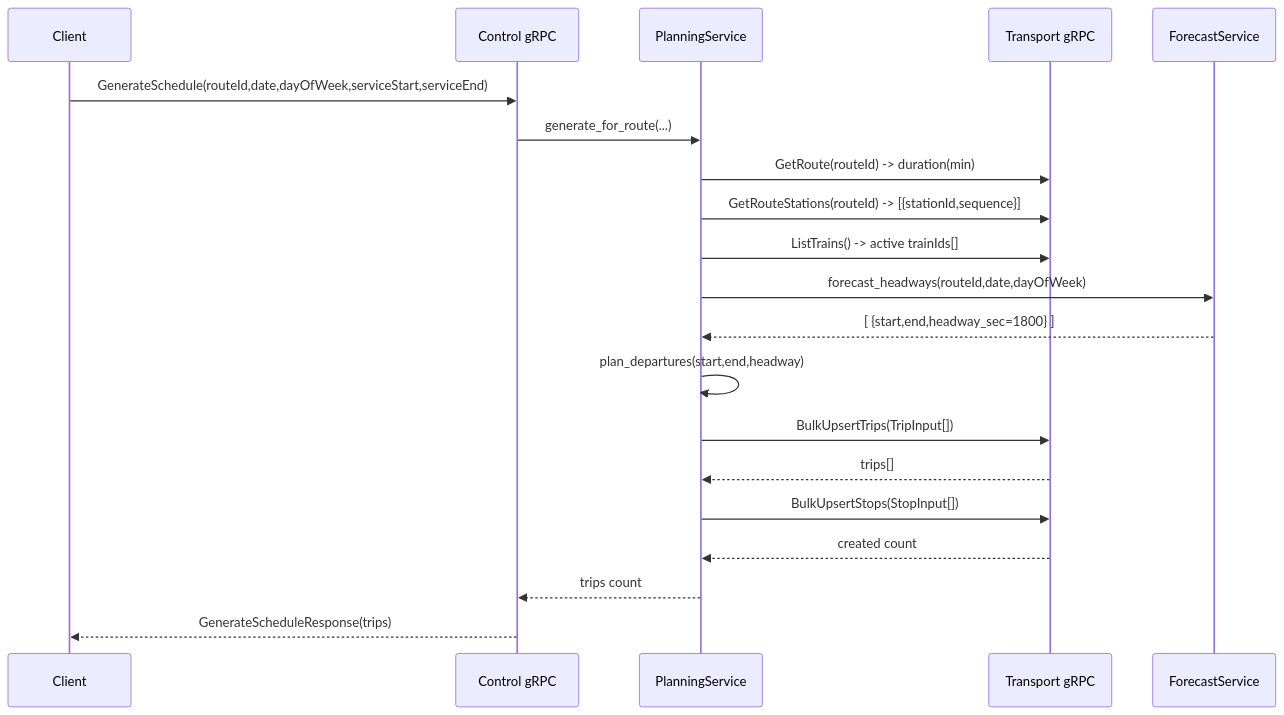
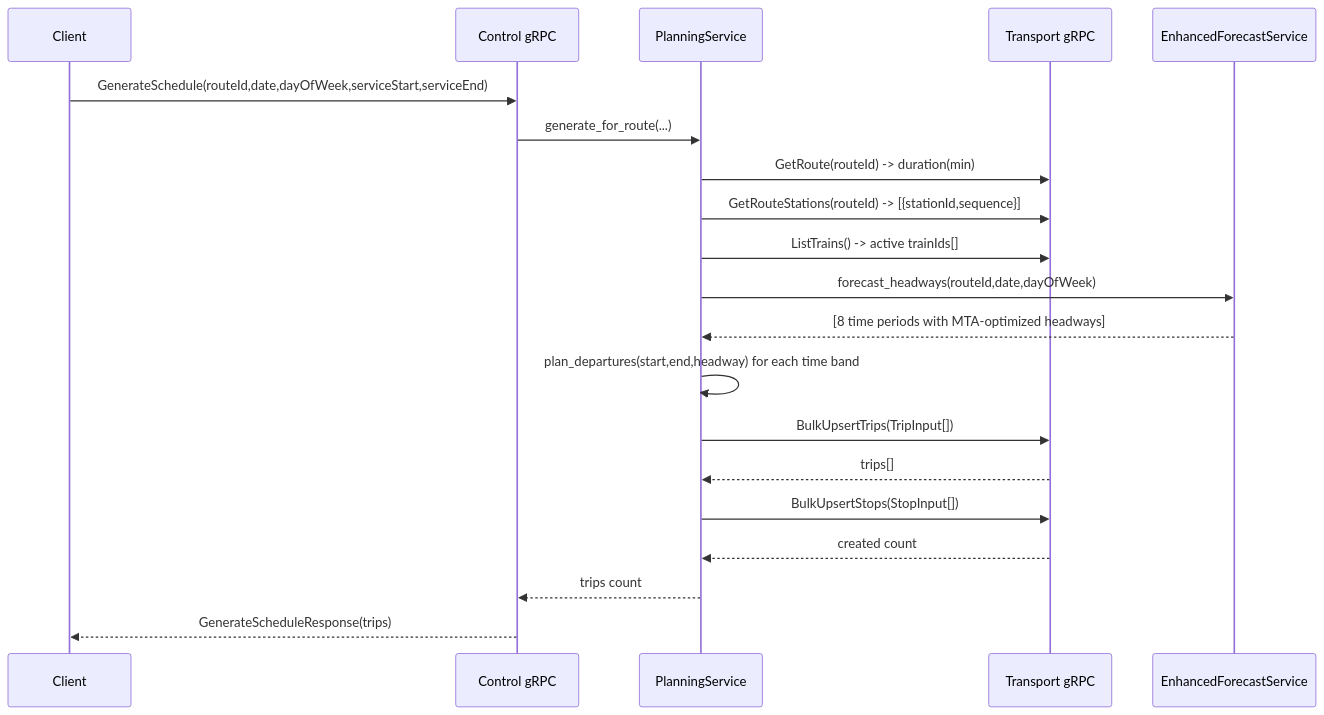
The fourth of 4 diagrams in control-service/README.md (NamPhAm-Work423/Metro-backend), drawn with Mermaid before and after one commit. The commit also changed other lines of this file and 4 other files, not shown here.

Commit message:
add: extend waiting time for transport service starting

````diff
--- a/control-service/README.md
+++ b/control-service/README.md
@@ -281,23 +234,23 @@
 ```mermaid
 sequenceDiagram
   participant Client
   participant CS as Control gRPC
   participant PS as PlanningService
   participant TS as Transport gRPC
-  participant FS as ForecastService
+  participant EFS as EnhancedForecastService
 
   Client->>CS: GenerateSchedule(routeId,date,dayOfWeek,serviceStart,serviceEnd)
   CS->>PS: generate_for_route(...)
   PS->>TS: GetRoute(routeId) -> duration(min)
   PS->>TS: GetRouteStations(routeId) -> [{stationId,sequence}]
   PS->>TS: ListTrains() -> active trainIds[]
-  PS->>FS: forecast_headways(routeId,date,dayOfWeek)
-  FS-->>PS: [ {start,end,headway_sec=1800} ]
-  PS->>PS: plan_departures(start,end,headway)
+  PS->>EFS: forecast_headways(routeId,date,dayOfWeek)
+  EFS-->>PS: [8 time periods with MTA-optimized headways]
+  PS->>PS: plan_departures(start,end,headway) for each time band
   PS->>TS: BulkUpsertTrips(TripInput[])
   TS-->>PS: trips[]
   PS->>TS: BulkUpsertStops(StopInput[])
   TS-->>PS: created count
   PS-->>CS: trips count
   CS-->>Client: GenerateScheduleResponse(trips)
 ```
````
